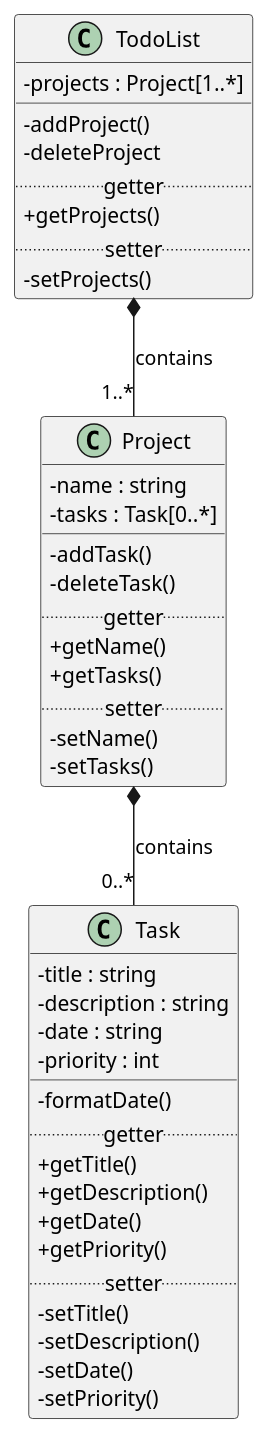
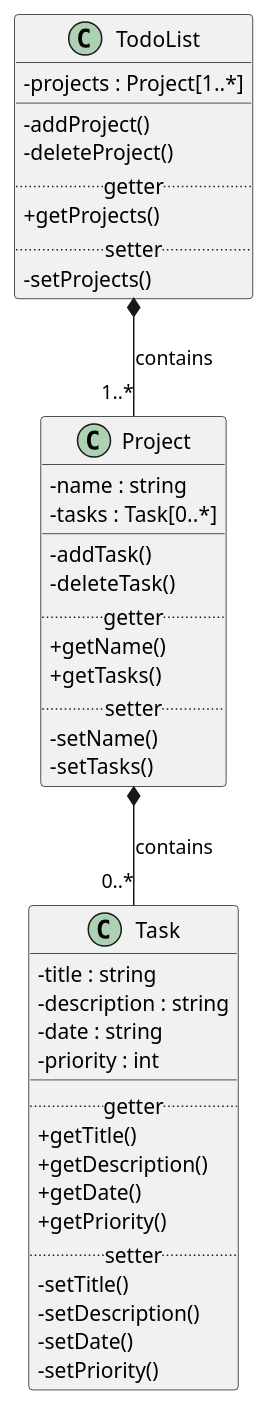
One commit to fahryanputra/todo-list-app changed the diagram in puml/todo-list-app.puml. Above: the diagram before and after it, drawn with PlantUML. The commit also changed 2 other files, not shown here.

```diff
--- a/puml/todo-list-app.puml
+++ b/puml/todo-list-app.puml
@@ -1,53 +1,52 @@
 @startuml todo-list-app
 
 skinparam classAttributeIconSize 0
 
 Project *-- "0..*" Task : contains
 TodoList *-- "1..*" Project : contains
 
 
 class Task {
     -title : string
     -description : string
     -date : string
     -priority : int
     __
-    -formatDate()
     .. getter ..
     +getTitle()
     +getDescription()
     +getDate()
     +getPriority()
     .. setter ..
     -setTitle()
     -setDescription()
     -setDate()
     -setPriority()
 }
 
 class Project {
     -name : string
     -tasks : Task[0..*]
     __
     -addTask()
     -deleteTask()
     .. getter ..
     +getName()
     +getTasks()
     .. setter ..
     -setName()
     -setTasks()
 }
 
 class TodoList {
     -projects : Project[1..*]
     __
     -addProject()
-    -deleteProject
+    -deleteProject()
     .. getter ..
     +getProjects()
     .. setter ..
     -setProjects()
 }
 
 @enduml
```
